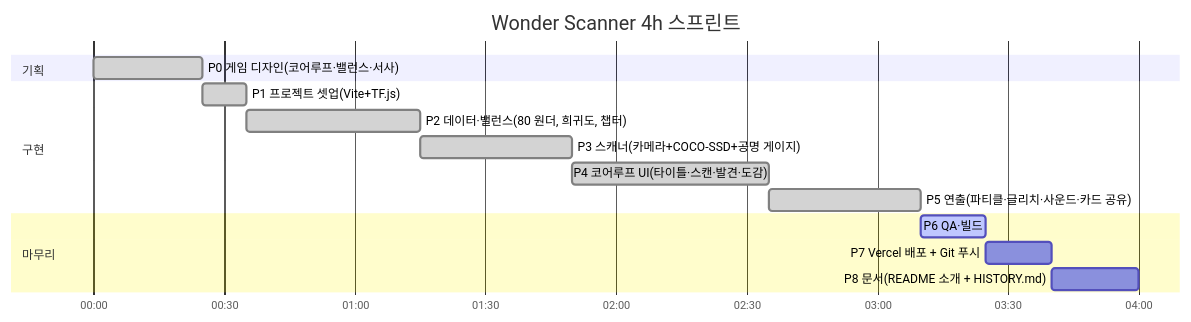
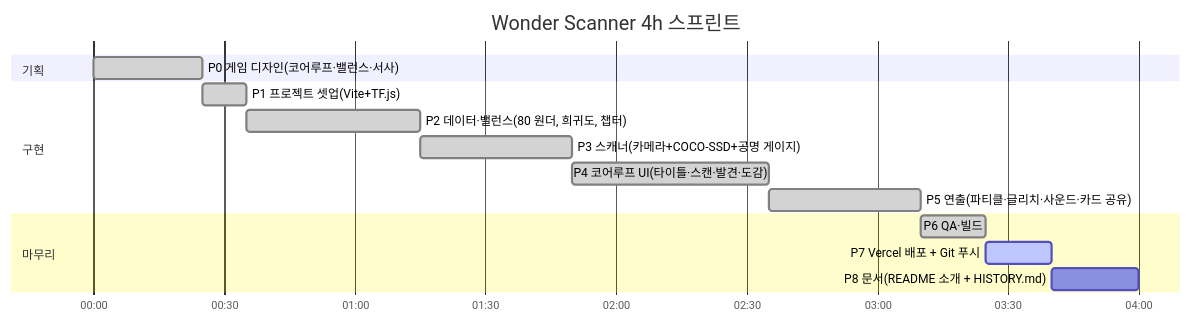
One commit to akillness/wonder_scanner changed the first of 2 diagrams in README.md. Above: the diagram before and after it, drawn with Mermaid. The commit also changed other lines of this file and 8 other files, not shown here.

````diff
--- a/README.md
+++ b/README.md
@@ -13,18 +13,18 @@
 ```mermaid
 gantt
     title Wonder Scanner 4h 스프린트
     dateFormat  HH:mm
     axisFormat  %H:%M
     section 기획
     P0 게임 디자인(코어루프·밸런스·서사)   :done, p0, 00:00, 25m
     section 구현
     P1 프로젝트 셋업(Vite+TF.js)          :done, p1, after p0, 10m
     P2 데이터·밸런스(80 원더, 희귀도, 챕터) :done, p2, after p1, 40m
     P3 스캐너(카메라+COCO-SSD+공명 게이지)  :done, p3, after p2, 35m
     P4 코어루프 UI(타이틀·스캔·발견·도감)   :done, p4, after p3, 45m
     P5 연출(파티클·글리치·사운드·카드 공유)  :done, p5, after p4, 35m
     section 마무리
-    P6 QA·빌드                             :active, p6, after p5, 15m
-    P7 Vercel 배포 + Git 푸시               :p7, after p6, 15m
+    P6 QA·빌드                             :done, p6, after p5, 15m
+    P7 Vercel 배포 + Git 푸시               :active, p7, after p6, 15m
     P8 문서(README 소개 + HISTORY.md)       :p8, after p7, 20m
 ```
````
